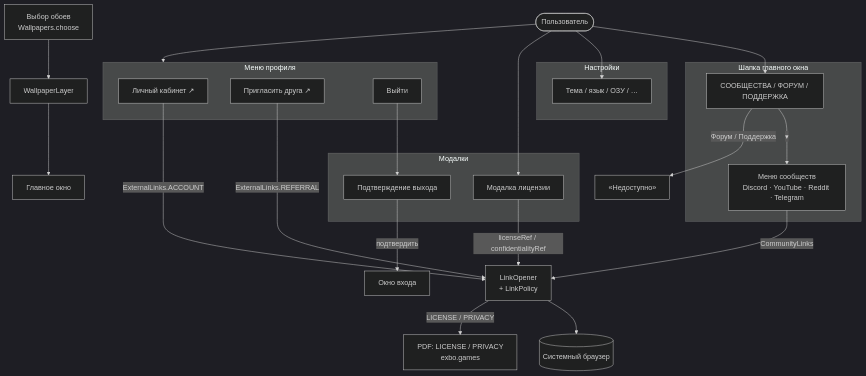
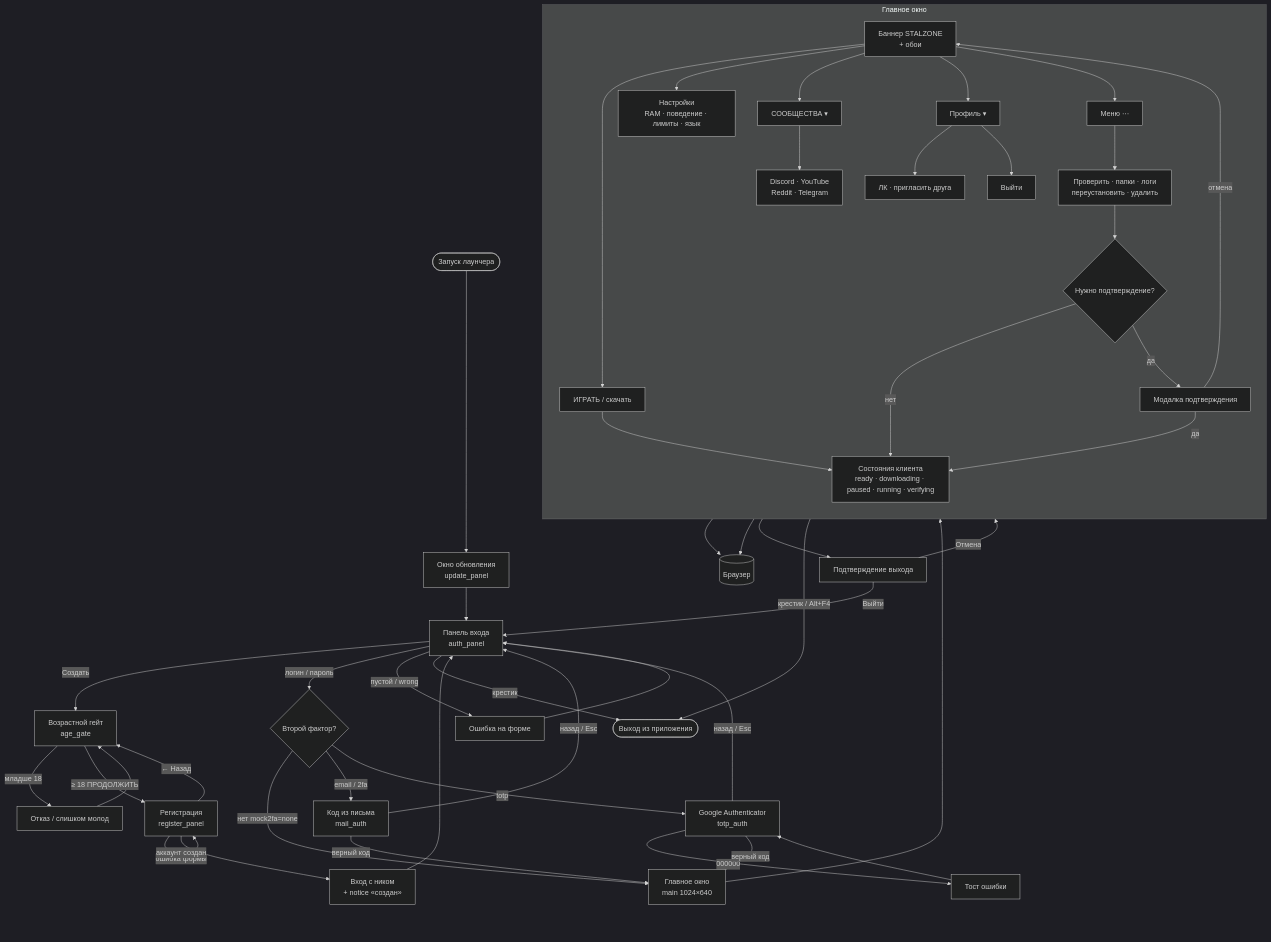
One commit to Nyrokume/exbo-launcher-fork changed the diagram in docs/design/interaction.mmd. Above: the diagram before and after it, drawn with Mermaid. The commit also changed 132 other files, not shown here.

```diff
--- a/docs/design/interaction.mmd
+++ b/docs/design/interaction.mmd
@@ -1,51 +1,60 @@
 %%{init: {"theme": "dark", "flowchart": {"htmlLabels": true}}}%%
 flowchart TB
-  U([Пользователь])
+  Start([Запуск лаунчера]) --> Update[Окно обновления<br/>update_panel]
 
-  subgraph Header["Шапка главного окна"]
-    H[СООБЩЕСТВА / ФОРУМ / ПОДДЕРЖКА]
-    CM[Меню сообществ<br/>Discord · YouTube · Reddit · Telegram]
+  Update --> Auth[Панель входа<br/>auth_panel]
+
+  Auth -->|Создать| Age[Возрастной гейт<br/>age_gate]
+  Age -->|младше 18| AgeErr[Отказ / слишком молод]
+  AgeErr --> Age
+  Age -->|≥ 18 ПРОДОЛЖИТЬ| Reg[Регистрация<br/>register_panel]
+  Reg -->|← Назад| Age
+  Reg -->|ошибка формы| Reg
+  Reg -->|аккаунт создан| AuthOk[Вход с ником<br/>+ notice «создан»]
+  AuthOk --> Auth
+
+  Auth -->|логин / пароль| AuthCheck{Второй фактор?}
+  Auth -->|пустой / wrong| AuthErr[Ошибка на форме]
+  AuthErr --> Auth
+
+  AuthCheck -->|нет mock2fa=none| Main
+  AuthCheck -->|email / 2fa| Mail[Код из письма<br/>mail_auth]
+  AuthCheck -->|totp| Totp[Google Authenticator<br/>totp_auth]
+  Mail -->|назад / Esc| Auth
+  Mail -->|верный код| Main[Главное окно<br/>main 1024×640]
+  Totp -->|назад / Esc| Auth
+  Totp -->|000000| TotpErr[Тост ошибки]
+  TotpErr --> Totp
+  Totp -->|верный код| Main
+
+  subgraph MainWin["Главное окно"]
+    direction TB
+    Home[Баннер STALZONE<br/>+ обои]
+    Home --> Play[ИГРАТЬ / скачать]
+    Play --> States[Состояния клиента<br/>ready · downloading · paused · running · verifying]
+    Home --> Dots[Меню ⋯]
+    Dots --> Actions[Проверить · папки · логи<br/>переустановить · удалить]
+    Actions --> Confirm{Нужно подтверждение?}
+    Confirm -->|да| ModalAsk[Модалка подтверждения]
+    Confirm -->|нет| States
+    ModalAsk -->|да| States
+    ModalAsk -->|отмена| Home
+
+    Home --> Settings[Настройки<br/>RAM · поведение · лимиты · язык]
+    Home --> Communities[СООБЩЕСТВА ▾]
+    Communities --> ExtSoc[Discord · YouTube<br/>Reddit · Telegram]
+    Home --> Profile[Профиль ▾]
+    Profile --> ExtAcc[ЛК · пригласить друга]
+    Profile --> Logout[Выйти]
   end
 
-  subgraph Profile["Меню профиля"]
-    PA[Личный кабинет ↗]
-    INV[Пригласить друга ↗]
-    LO[Выйти]
-  end
+  Main --> MainWin
+  ExtSoc --> Browser[(Браузер)]
+  ExtAcc --> Browser
 
-  subgraph Modals["Модалки"]
-    LM[Модалка лицензии]
-    LC[Подтверждение выхода]
-  end
+  Logout --> LogoutModal[Подтверждение выхода]
+  LogoutModal -->|Отмена| Home
+  LogoutModal -->|Выйти| Auth
 
-  subgraph Settings["Настройки"]
-    ST[Тема / язык / ОЗУ / …]
-  end
-
-  WP[Выбор обоев<br/>Wallpapers.choose]
-  WL[WallpaperLayer]
-  LO_OP[LinkOpener<br/>+ LinkPolicy]
-  BR[(Системный браузер)]
-  AUTH[Окно входа]
-  PDF[PDF: LICENSE / PRIVACY<br/>exbo.games]
-
-  U --> H
-  U --> Profile
-  U --> ST
-  U --> LM
-
-  H -->|▾| CM
-  CM -->|CommunityLinks| LO_OP
-  H -->|Форум / Поддержка| NA[«Недоступно»]
-
-  PA -->|ExternalLinks.ACCOUNT| LO_OP
-  INV -->|ExternalLinks.REFERRAL| LO_OP
-  LO --> LC
-  LC -->|подтвердить| AUTH
-
-  LM -->|licenseRef / confidentialityRef| LO_OP
-  LO_OP --> BR
-  LO_OP -->|LICENSE / PRIVACY| PDF
-
-  WP --> WL
-  WL --> MainWin[Главное окно]
+  Home -->|крестик / Alt+F4| Exit([Выход из приложения])
+  Auth -->|крестик| Exit
```
